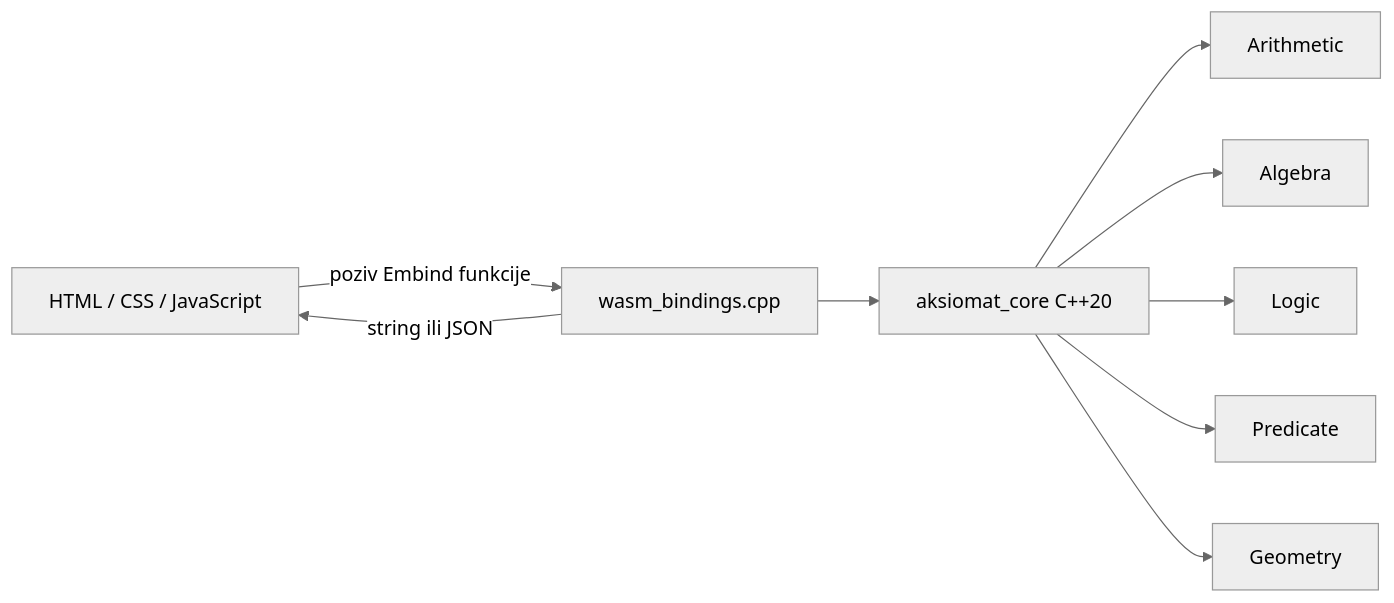
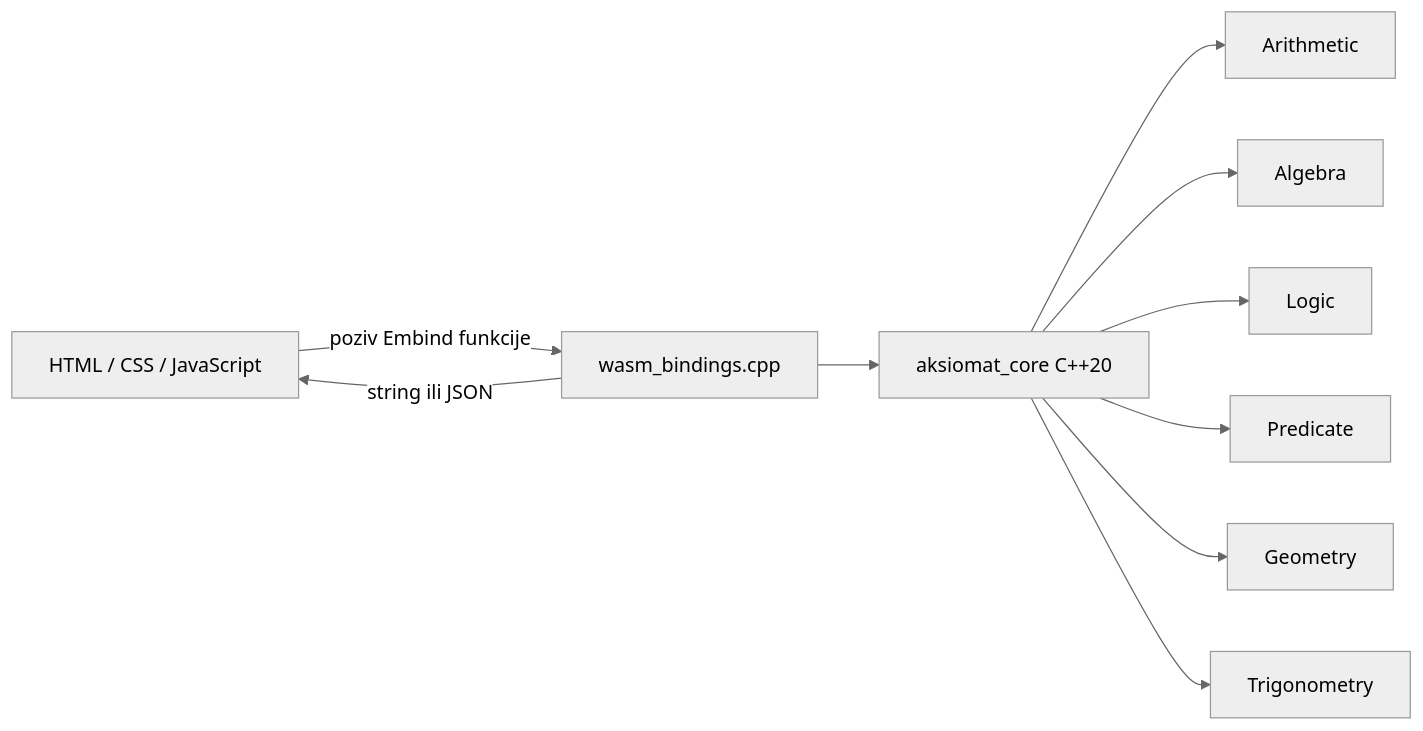
Before and after one commit to StjepanVelc/MathEngine: the first of 3 diagrams in docs/architecture.md, drawn with Mermaid (neutral theme). The commit also changed 37 other files, not shown here.

````diff
--- a/docs/architecture.md
+++ b/docs/architecture.md
@@ -7,11 +7,12 @@
 ```mermaid
 flowchart LR
 	UI[HTML / CSS / JavaScript] -->|poziv Embind funkcije| WB[wasm_bindings.cpp]
 	WB --> CORE[aksiomat_core C++20]
 	CORE --> AR[Arithmetic]
 	CORE --> AL[Algebra]
 	CORE --> LO[Logic]
 	CORE --> PR[Predicate]
 	CORE --> GE[Geometry]
+	CORE --> TR[Trigonometry]
 	WB -->|string ili JSON| UI
 ```
````
